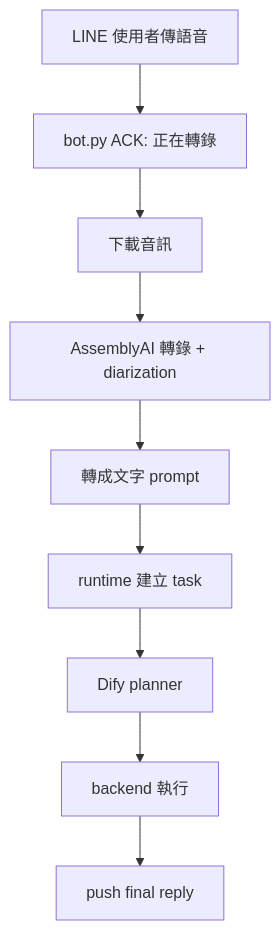
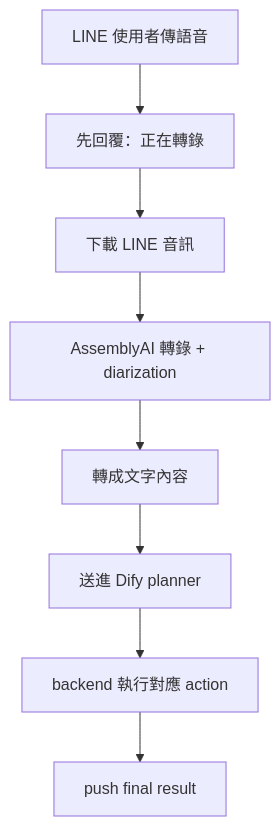
One commit to tyler19991101/agent changed the third of 5 diagrams in lineagent/README.md. Above: the diagram before and after it, drawn with Mermaid. The commit also changed other lines of this file, not shown here.

````diff
--- a/lineagent/README.md
+++ b/lineagent/README.md
@@ -254,11 +171,10 @@
 ```mermaid
 flowchart TD
-    A["LINE 使用者傳語音"] --> B["bot.py ACK: 正在轉錄"]
-    B --> C["下載音訊"]
+    A["LINE 使用者傳語音"] --> B["先回覆：正在轉錄"]
+    B --> C["下載 LINE 音訊"]
     C --> D["AssemblyAI 轉錄 + diarization"]
-    D --> E["轉成文字 prompt"]
-    E --> F["runtime 建立 task"]
-    F --> G["Dify planner"]
-    G --> H["backend 執行"]
-    H --> I["push final reply"]
+    D --> E["轉成文字內容"]
+    E --> F["送進 Dify planner"]
+    F --> G["backend 執行對應 action"]
+    G --> H["push final result"]
 ```
````
